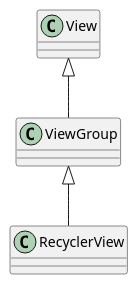
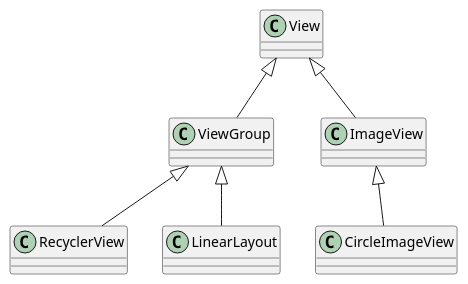
One commit to REBOOTERS/My-MVP changed the diagram in uml/Generalization.puml. Above: the diagram before and after it, drawn with PlantUML. The commit also changed 9 other files, not shown here.

```diff
--- a/uml/Generalization.puml
+++ b/uml/Generalization.puml
@@ -1,10 +1,16 @@
 @startuml
 
 class View
 class ViewGroup
 class RecyclerView
+class LinearLayout
+class ImageView
+class CircleImageView
 
 View <|-- ViewGroup
+View <|-- ImageView
+ImageView <|-- CircleImageView
 ViewGroup <|-- RecyclerView
+ViewGroup <|-- LinearLayout
 
 @enduml
```
